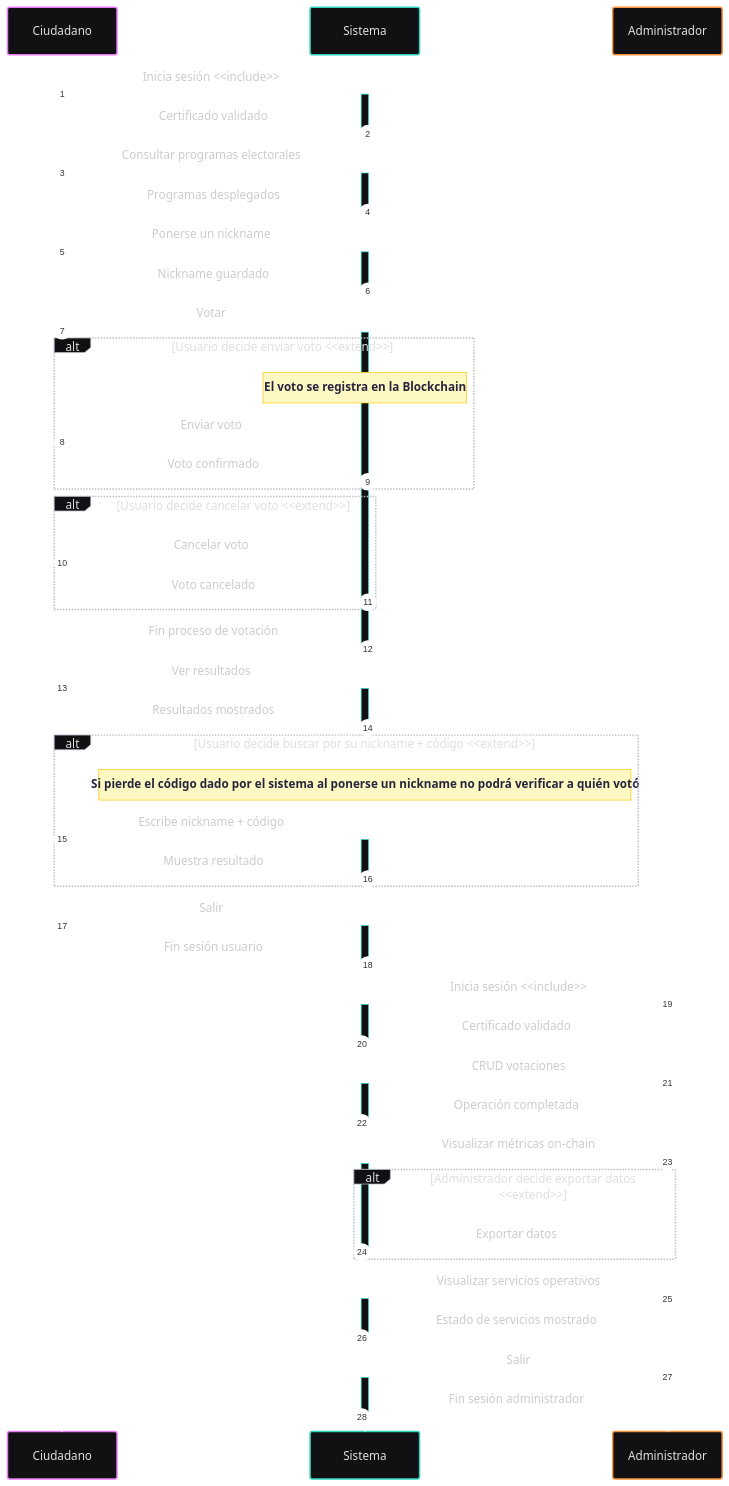
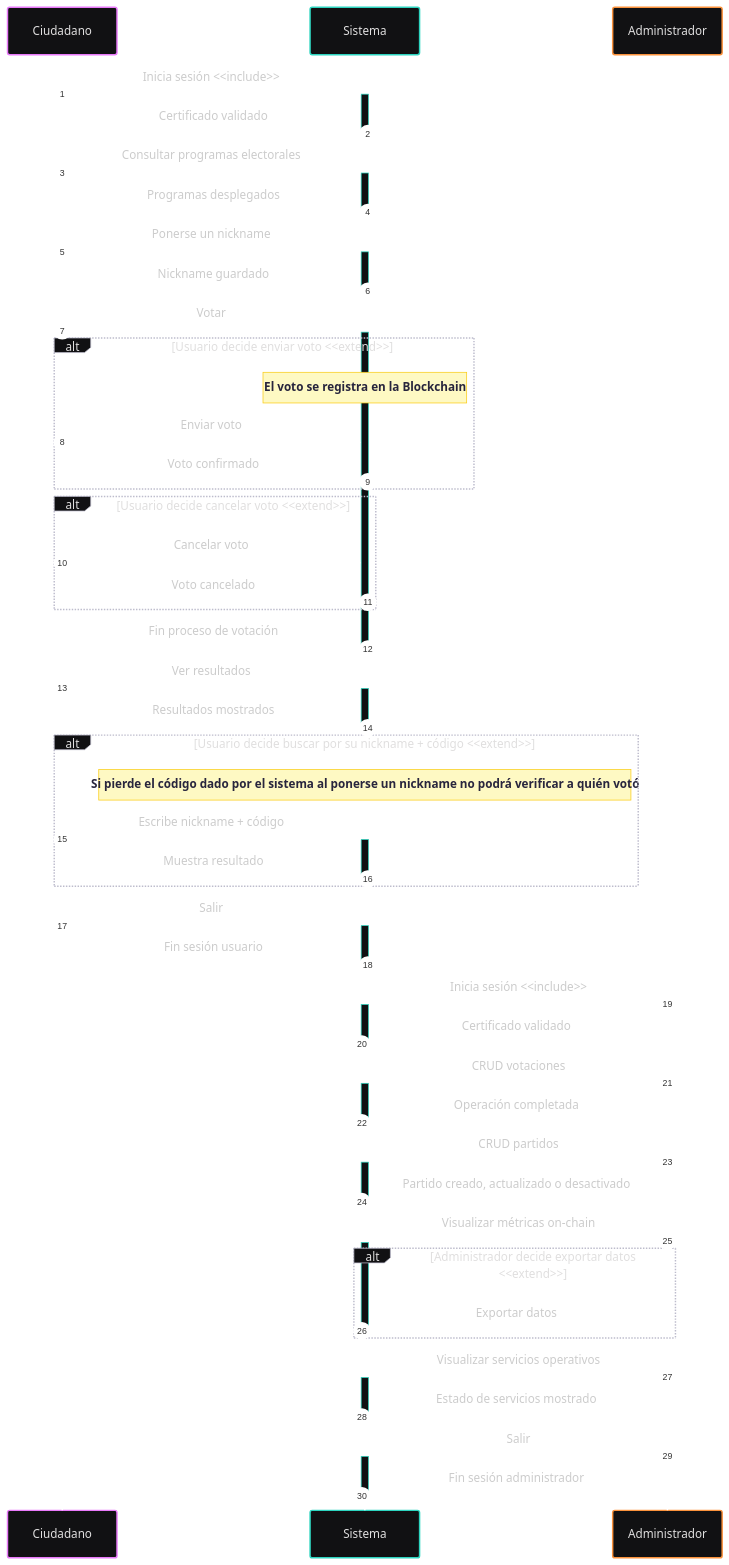
The first of 3 diagrams in docs/Diagrama_Secuencia.md (OnyxVariables/AGORA), drawn with Mermaid before and after one commit. The commit also changed other lines of this file and 10 other files, not shown here.

````diff
--- a/docs/Diagrama_Secuencia.md
+++ b/docs/Diagrama_Secuencia.md
@@ -48,64 +49,67 @@
 ```mermaid
 ---
 config:
   theme: redux-dark-color
 ---
 sequenceDiagram
     autonumber
 
     %% Flujo Ciudadano
     Ciudadano->>+Sistema: Inicia sesión <<include>>
     Sistema-->>-Ciudadano: Certificado validado
 
     Ciudadano->>+Sistema: Consultar programas electorales
     Sistema-->>-Ciudadano: Programas desplegados
 
     Ciudadano->>+Sistema: Ponerse un nickname
     Sistema-->>-Ciudadano: Nickname guardado
 
     Ciudadano->>+Sistema: Votar
 
     alt Usuario decide enviar voto <<extend>>
         Note over Sistema: El voto se registra en la Blockchain
         Ciudadano->>Sistema: Enviar voto
         Sistema-->>Ciudadano: Voto confirmado
     end
 
     alt Usuario decide cancelar voto <<extend>>
         Ciudadano->>Sistema: Cancelar voto
         Sistema-->>Ciudadano: Voto cancelado
     end
 
     Sistema-->>-Ciudadano: Fin proceso de votación
 
     Ciudadano->>+Sistema: Ver resultados
     Sistema-->>-Ciudadano: Resultados mostrados
 
     alt Usuario decide buscar por su nickname + código <<extend>>
         Note over Sistema: Si pierde el código dado por el sistema al ponerse un nickname no podrá verificar a quién votó
         Ciudadano->>+Sistema: Escribe nickname + código
         Sistema-->>-Ciudadano: Muestra resultado
     end
 
     Ciudadano->>+Sistema: Salir
     Sistema-->>-Ciudadano: Fin sesión usuario
 
     %% Flujo Administrador
     Administrador->>+Sistema: Inicia sesión <<include>>
     Sistema-->>-Administrador: Certificado validado
 
     Administrador->>+Sistema: CRUD votaciones
     Sistema-->>-Administrador: Operación completada
 
+    Administrador->>+Sistema: CRUD partidos
+    Sistema-->>-Administrador: Partido creado, actualizado o desactivado
+
     Administrador->>+Sistema: Visualizar métricas on-chain
 
     alt Administrador decide exportar datos <<extend>>
         Sistema-->>-Administrador: Exportar datos
     end
 
     Administrador->>+Sistema: Visualizar servicios operativos
     Sistema-->>-Administrador: Estado de servicios mostrado
 
     Administrador->>+Sistema: Salir
     Sistema-->>-Administrador: Fin sesión administrador
 ```
````
